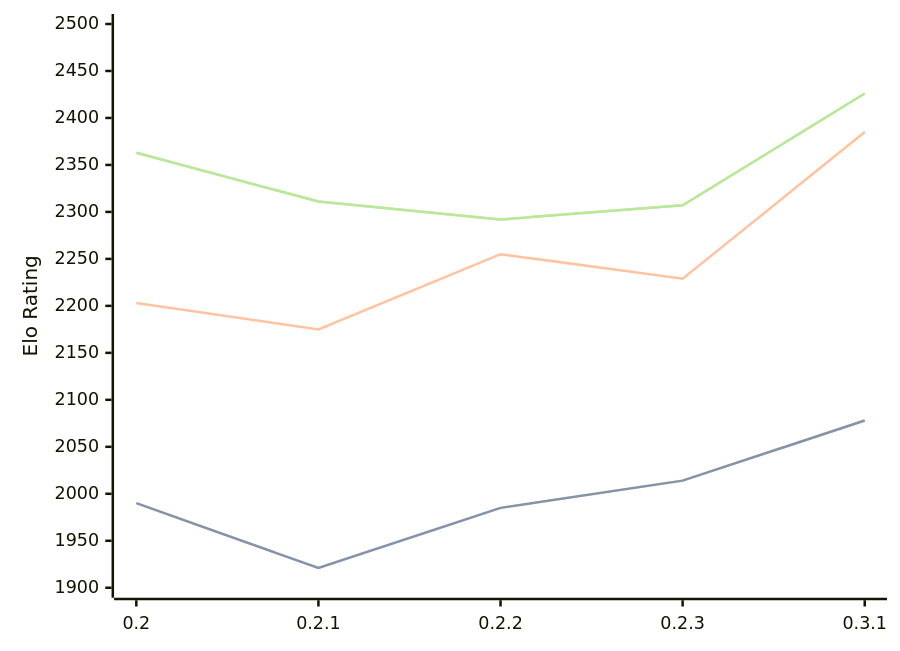
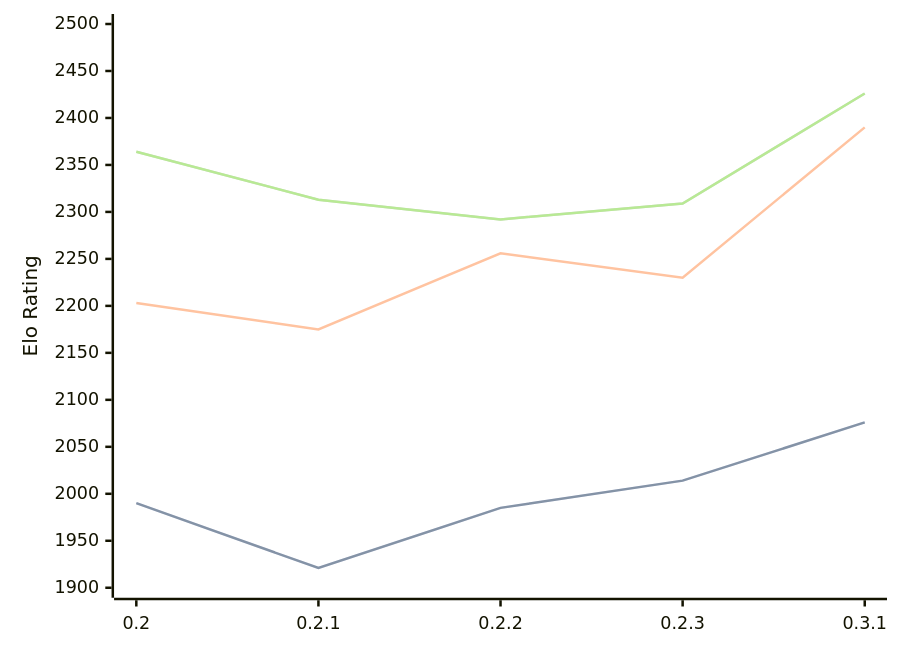
One commit to computer-chess-index/cci changed the first of 3 diagrams in engines/Lolbot.md. Above: the diagram before and after it, drawn with Mermaid. The commit also changed other lines of this file, not shown here.

Commit message:
Update CCI Ratings (ELO VLTC) - 2026-07-14

````diff
--- a/engines/Lolbot.md
+++ b/engines/Lolbot.md
@@ -36,11 +36,11 @@
 ```mermaid
 %%{init: {"theme":"base","themeVariables":{"seriesColors:['#a3a3a3','#222221','#faa371']}}}%%
 xychart-beta
   x-axis ["0.2", "0.2.1", "0.2.2", "0.2.3", "0.3.1"]
   y-axis "Elo Rating" 1900 --> 2500
-  line "STC (8.0+0.08s)" [1990, 1921, 1985, 2014, 2078]
-  line "STC (8.0+0.08s)" [1990, 1921, 1985, 2014, 2078]
-  line "LTC (60.0+0.60s)" [2203, 2175, 2255, 2229, 2385]
-  line "VLTC (2m24s+1.12s)" [2363, 2311, 2292, 2307, 2426]
-  line "VLTC (2m24s+1.12s)" [2363, 2311, 2292, 2307, 2426]
+  line "STC (8.0+0.08s)" [1990, 1921, 1985, 2014, 2076]
+  line "STC (8.0+0.08s)" [1990, 1921, 1985, 2014, 2076]
+  line "LTC (60.0+0.60s)" [2203, 2175, 2256, 2230, 2390]
+  line "VLTC (2m24s+1.12s)" [2364, 2313, 2292, 2309, 2426]
+  line "VLTC (2m24s+1.12s)" [2364, 2313, 2292, 2309, 2426]
 ```
````
